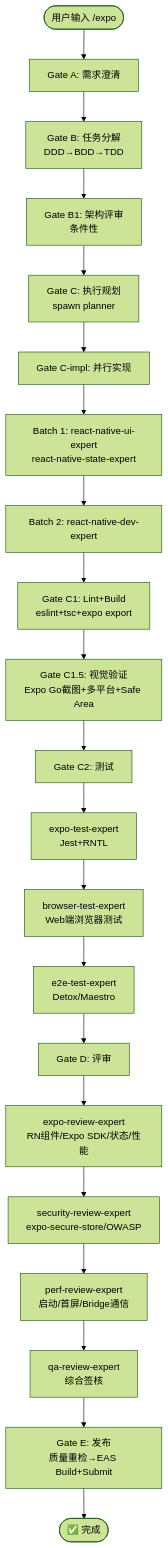
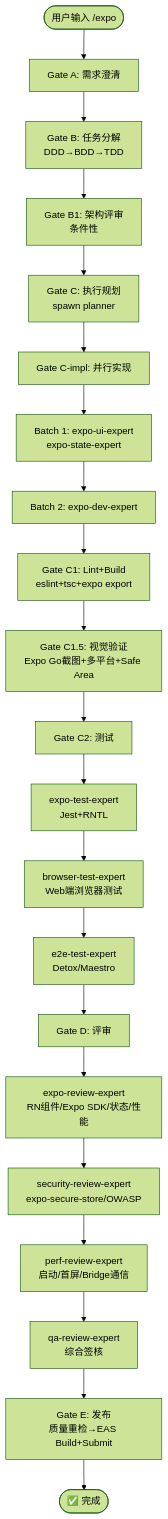
Before and after one commit to Wjl1224734792/Jarvis-Agent-Factory: the diagram in docs/flows/expo.md, drawn with Mermaid (forest theme). The commit also changed 99 other files, not shown here.

````diff
--- a/docs/flows/expo.md
+++ b/docs/flows/expo.md
@@ -32,23 +32,23 @@
 ```mermaid
 flowchart TD
     START([用户输入 /expo]) --> A[Gate A: 需求澄清]
     A --> B[Gate B: 任务分解<br/>DDD→BDD→TDD]
     B --> B1[Gate B1: 架构评审<br/>条件性]
     B1 --> C[Gate C: 执行规划<br/>spawn planner]
     C --> CI[Gate C-impl: 并行实现]
-    CI --> CI1[Batch 1: react-native-ui-expert<br/>react-native-state-expert]
-    CI1 --> CI2[Batch 2: react-native-dev-expert]
+    CI --> CI1[Batch 1: expo-ui-expert<br/>expo-state-expert]
+    CI1 --> CI2[Batch 2: expo-dev-expert]
     CI2 --> C1[Gate C1: Lint+Build<br/>eslint+tsc+expo export]
     C1 --> C15[Gate C1.5: 视觉验证<br/>Expo Go截图+多平台+Safe Area]
     C15 --> C2[Gate C2: 测试]
     C2 --> C2A[expo-test-expert<br/>Jest+RNTL]
     C2A --> C2B[browser-test-expert<br/>Web端浏览器测试]
     C2B --> C2C[e2e-test-expert<br/>Detox/Maestro]
     C2C --> D[Gate D: 评审]
     D --> D1[expo-review-expert<br/>RN组件/Expo SDK/状态/性能]
     D1 --> D2[security-review-expert<br/>expo-secure-store/OWASP]
     D2 --> D3[perf-review-expert<br/>启动/首屏/Bridge通信]
     D3 --> D4[qa-review-expert<br/>综合签核]
     D4 --> E[Gate E: 发布<br/>质量重检→EAS Build+Submit]
     E --> DONE([✅ 完成])
 ```
````
